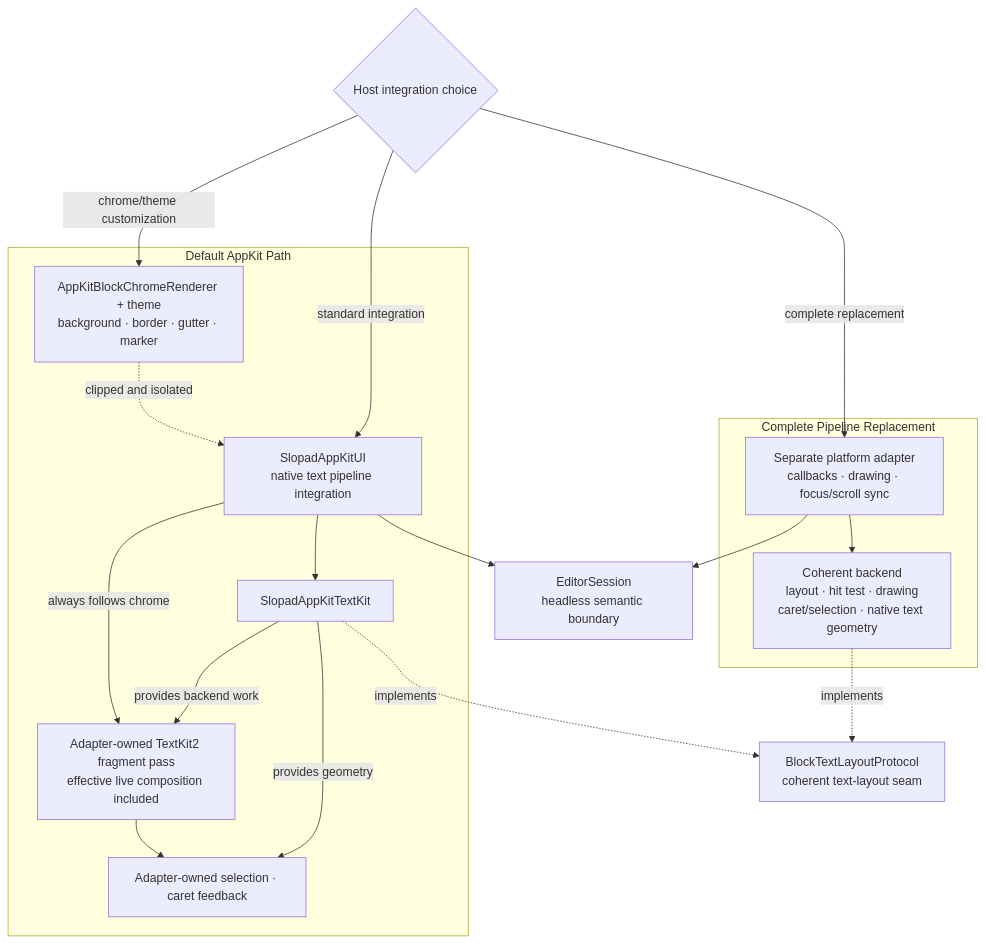
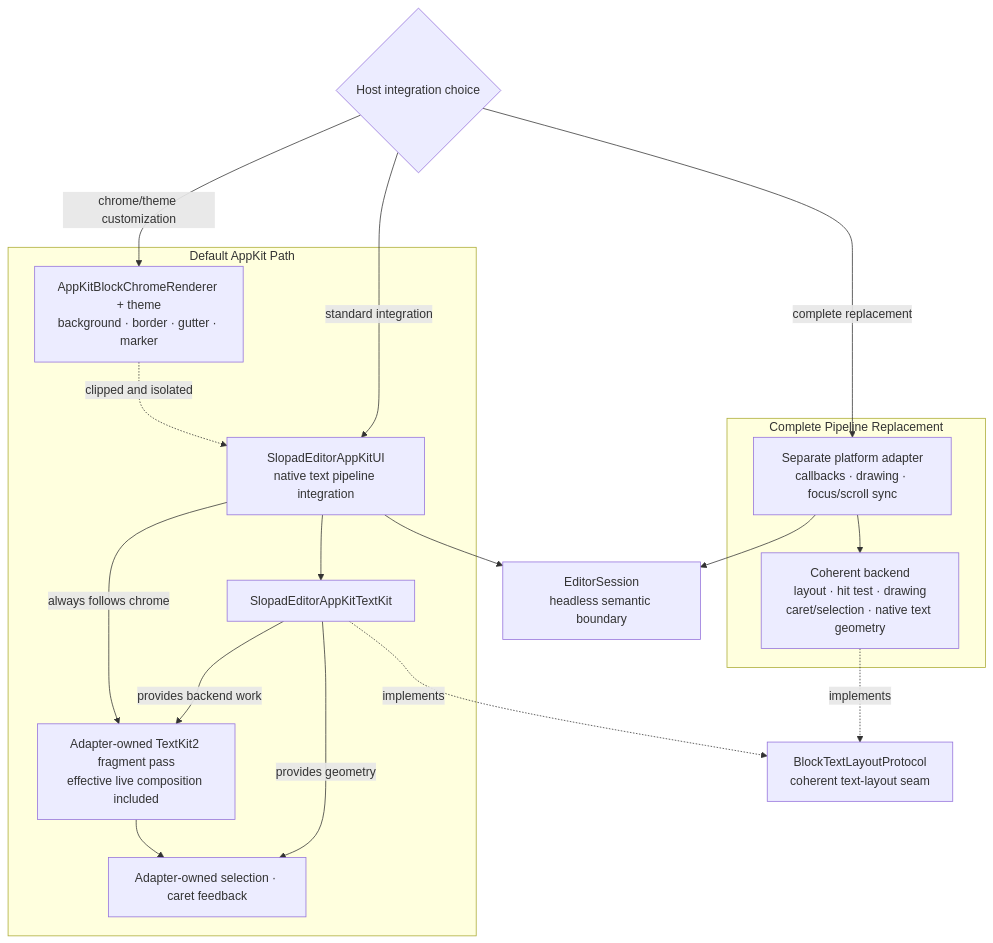
Before and after one commit to hot666666/SlopadEditor: the diagram in ADR/0007-appkit-ui-adapter-package.md, drawn with Mermaid. The commit also changed other lines of this file and 743 other files, not shown here.

First line of the commit message:
refactor: complete SlopadEditor package rename (#89)

````diff
--- a/ADR/0007-appkit-ui-adapter-package.md
+++ b/ADR/0007-appkit-ui-adapter-package.md
@@ -47,36 +47,36 @@
 ```mermaid
 flowchart TB
     Host{"Host integration choice"}
     Session["EditorSession<br/>headless semantic boundary"]
     Seam["BlockTextLayoutProtocol<br/>coherent text-layout seam"]
 
     subgraph Default["Default AppKit Path"]
-        AppKitUI["SlopadAppKitUI<br/>native text pipeline integration"]
+        AppKitUI["SlopadEditorAppKitUI<br/>native text pipeline integration"]
         Chrome["AppKitBlockChromeRenderer + theme<br/>background · border · gutter · marker"]
         FragmentPass["Adapter-owned TextKit2 fragment pass<br/>effective live composition included"]
         FeedbackPass["Adapter-owned selection · caret feedback"]
-        AppKitTextKit["SlopadAppKitTextKit"]
+        AppKitTextKit["SlopadEditorAppKitTextKit"]
 
         Chrome -.->|"clipped and isolated"| AppKitUI
         AppKitUI -->|"always follows chrome"| FragmentPass
         FragmentPass --> FeedbackPass
         AppKitUI --> AppKitTextKit
         AppKitTextKit -->|"provides backend work"| FragmentPass
         AppKitTextKit -->|"provides geometry"| FeedbackPass
     end
 
     subgraph Replacement["Complete Pipeline Replacement"]
         CustomAdapter["Separate platform adapter<br/>callbacks · drawing · focus/scroll sync"]
         CustomBackend["Coherent backend<br/>layout · hit test · drawing<br/>caret/selection · native text geometry"]
     end
 
     Host -->|"standard integration"| AppKitUI
     Host -->|"chrome/theme customization"| Chrome
     AppKitUI --> Session
     AppKitTextKit -.->|"implements"| Seam
 
     Host -->|"complete replacement"| CustomAdapter
     CustomAdapter --> Session
     CustomAdapter --> CustomBackend
     CustomBackend -.->|"implements"| Seam
 ```
````
